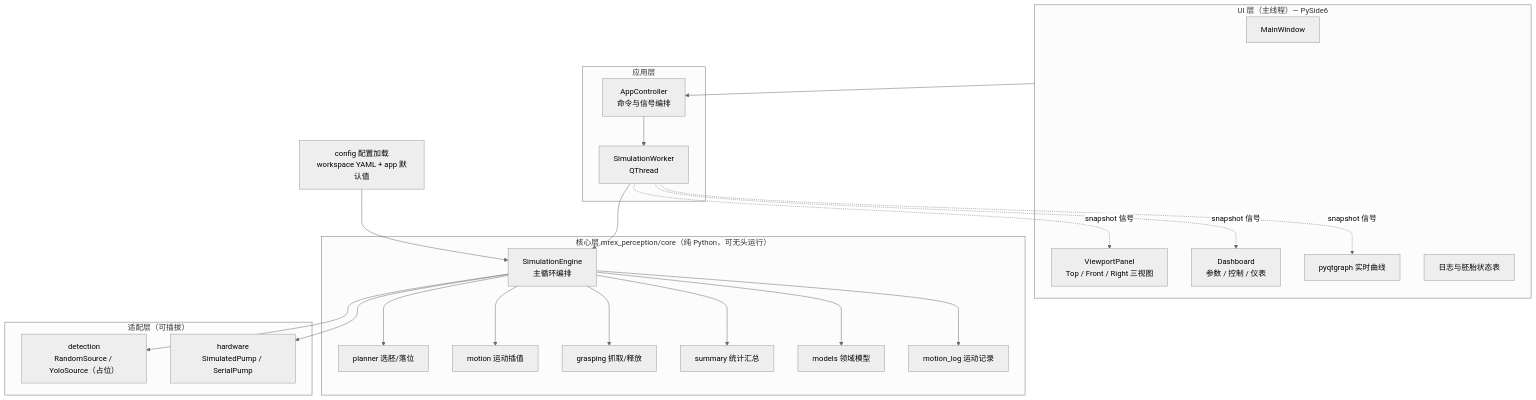
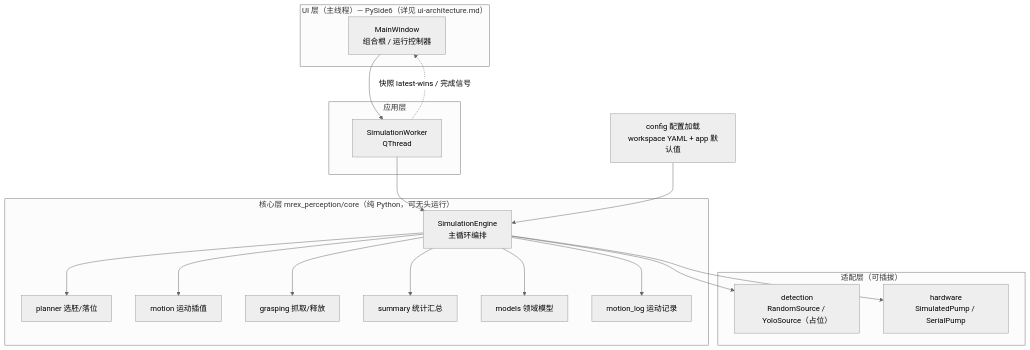
Before and after one commit to Axiom117/M-REx_Perception: the first of 2 diagrams in doc/python-architecture.md, drawn with Mermaid (neutral theme). The commit also changed other lines of this file and 20 other files, not shown here.

````diff
--- a/doc/python-architecture.md
+++ b/doc/python-architecture.md
@@ -51,48 +53,40 @@
 ```mermaid
 flowchart TB
-    subgraph UI["UI 层（主线程）— PySide6"]
-        MW[MainWindow]
-        VP[ViewportPanel<br/>Top / Front / Right 三视图]
-        DASH[Dashboard<br/>参数 / 控制 / 仪表]
-        CHARTS[pyqtgraph 实时曲线]
-        LOG[日志与胚胎状态表]
+    subgraph UI["UI 层（主线程）— PySide6（详见 ui-architecture.md）"]
+        MW[MainWindow<br/>组合根 / 运行控制器]
     end
 
     subgraph APP["应用层"]
-        CTRL[AppController<br/>命令与信号编排]
         WORKER[SimulationWorker<br/>QThread]
     end
 
     subgraph CORE["核心层 mrex_perception/core（纯 Python，可无头运行）"]
         ENGINE[SimulationEngine<br/>主循环编排]
         PLANNER[planner 选胚/落位]
         MOTION[motion 运动插值]
         GRASP[grasping 抓取/释放]
         SUMMARY[summary 统计汇总]
         MODELS[models 领域模型]
         MLOG[motion_log 运动记录]
     end
 
     subgraph ADAPTERS["适配层（可插拔）"]
         SRCDET[detection<br/>RandomSource / YoloSource（占位）]
         HW[hardware<br/>SimulatedPump / SerialPump]
     end
 
     CFG[config 配置加载<br/>workspace YAML + app 默认值]
 
-    CTRL --> WORKER
+    MW --> WORKER
     WORKER --> ENGINE
-    UI --> CTRL
     ENGINE --> PLANNER
     ENGINE --> MOTION
     ENGINE --> GRASP
     ENGINE --> MLOG
     ENGINE --> SUMMARY
     ENGINE --> MODELS
     ENGINE --> SRCDET
     ENGINE --> HW
     CFG --> ENGINE
-    WORKER -.snapshot 信号.-> VP
-    WORKER -.snapshot 信号.-> DASH
-    WORKER -.snapshot 信号.-> CHARTS
+    WORKER -. "快照 latest-wins / 完成信号" .-> MW
 ```
````
